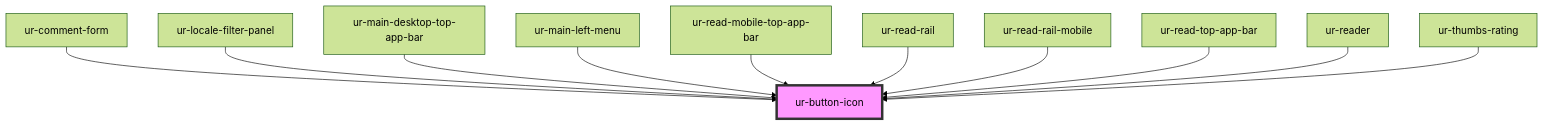
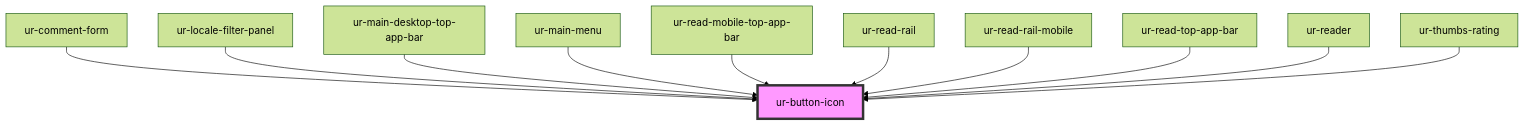
Before and after one commit to hellish/urnovl-web-components: the diagram in src/components/ur-button-icon/readme.md, drawn with Mermaid (forest theme). The commit also changed other lines of this file and 10 other files, not shown here.

````diff
--- a/src/components/ur-button-icon/readme.md
+++ b/src/components/ur-button-icon/readme.md
@@ -36,14 +38,14 @@
 ```mermaid
 graph TD;
   ur-comment-form --> ur-button-icon
   ur-locale-filter-panel --> ur-button-icon
   ur-main-desktop-top-app-bar --> ur-button-icon
-  ur-main-left-menu --> ur-button-icon
+  ur-main-menu --> ur-button-icon
   ur-read-mobile-top-app-bar --> ur-button-icon
   ur-read-rail --> ur-button-icon
   ur-read-rail-mobile --> ur-button-icon
   ur-read-top-app-bar --> ur-button-icon
   ur-reader --> ur-button-icon
   ur-thumbs-rating --> ur-button-icon
   style ur-button-icon fill:#f9f,stroke:#333,stroke-width:4px
 ```
````
